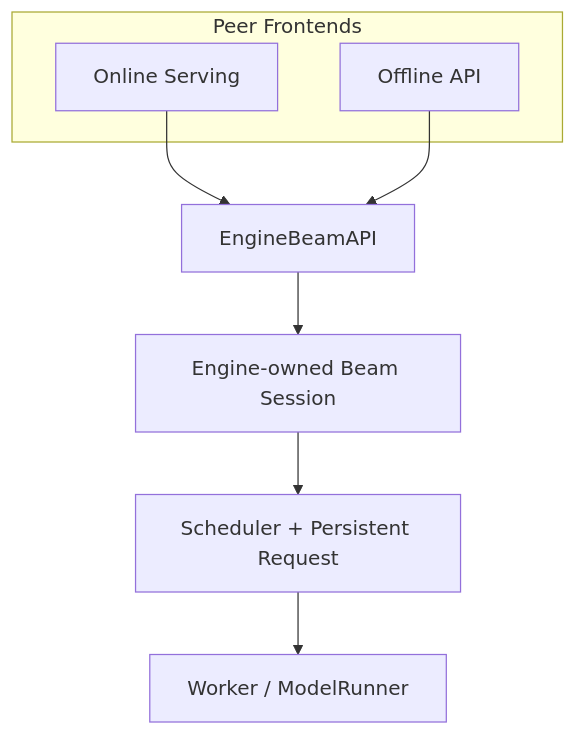
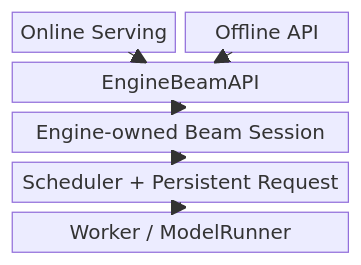
The fifth of 15 diagrams in GR/engine_owned_persistent_beam_session_feature_design.md (zhanghanleo10/gr-related), drawn with Mermaid before and after one commit.

Commit message:
docs: draw serving and offline as peer frontends

```diff
--- a/GR/engine_owned_persistent_beam_session_feature_design.md
+++ b/GR/engine_owned_persistent_beam_session_feature_design.md
@@ -317,18 +317,16 @@
 ~~~mermaid
-flowchart TB
-    subgraph ENTRY["Peer Frontends"]
-        ON["Online Serving"]
-        OFF["Offline API"]
-    end
-
-    API["EngineBeamAPI"]
-    CORE["Engine-owned Beam Session"]
-    SCH["Scheduler + Persistent Request"]
-    EXEC["Worker / ModelRunner"]
+block-beta
+    columns 2
+    ON["Online Serving"]
+    OFF["Offline API"]
+    API["EngineBeamAPI"]:2
+    CORE["Engine-owned Beam Session"]:2
+    SCH["Scheduler + Persistent Request"]:2
+    EXEC["Worker / ModelRunner"]:2
 
     ON --> API
     OFF --> API
     API --> CORE
     CORE --> SCH
     SCH --> EXEC
 ~~~
```
